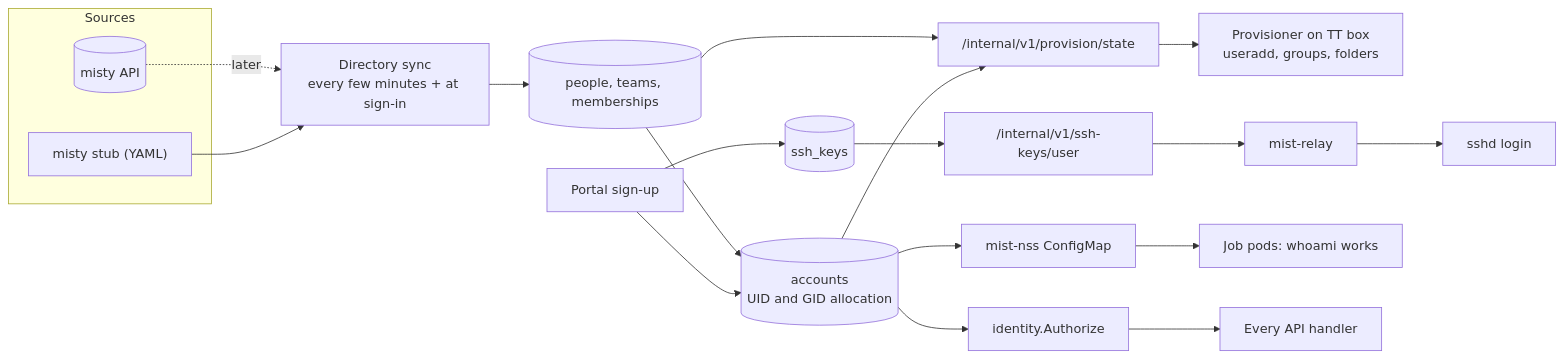
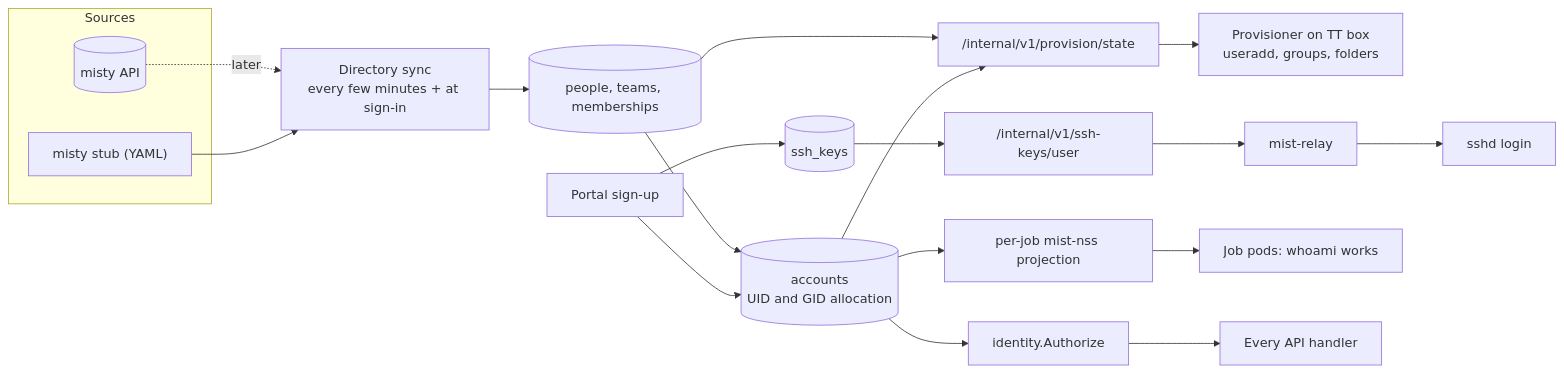
The first of 2 diagrams in docs/agents/architecture/identity-and-accounts.md (UTMIST/Mist), drawn with Mermaid before and after one commit. The commit also changed other lines of this file and 12 other files, not shown here.

First line of the commit message:
Refine HPC-style architecture contracts and jobs plan

````diff
--- a/docs/agents/architecture/identity-and-accounts.md
+++ b/docs/agents/architecture/identity-and-accounts.md
@@ -21,20 +21,20 @@
 ```mermaid
 flowchart LR
     subgraph Sources
         stub["misty stub (YAML)"]
         misty[(misty API)]
     end
     stub --> sync["Directory sync<br/>every few minutes + at sign-in"]
     misty -.->|later| sync
     sync --> cache[(people, teams, memberships)]
     signup[Portal sign-up] --> acct[(accounts<br/>UID and GID allocation)]
     cache --> acct
     signup --> keys[(ssh_keys)]
 
     acct --> state["/internal/v1/provision/state"]
     cache --> state
     state --> prov["Provisioner on TT box<br/>useradd, groups, folders"]
     keys --> keyapi["/internal/v1/ssh-keys/user"] --> relay[mist-relay] --> sshd[sshd login]
-    acct --> nss[mist-nss ConfigMap] --> pods[Job pods: whoami works]
+    acct --> nss[per-job mist-nss projection] --> pods[Job pods: whoami works]
     acct --> authz[identity.Authorize] --> handlers[Every API handler]
 ```
````
